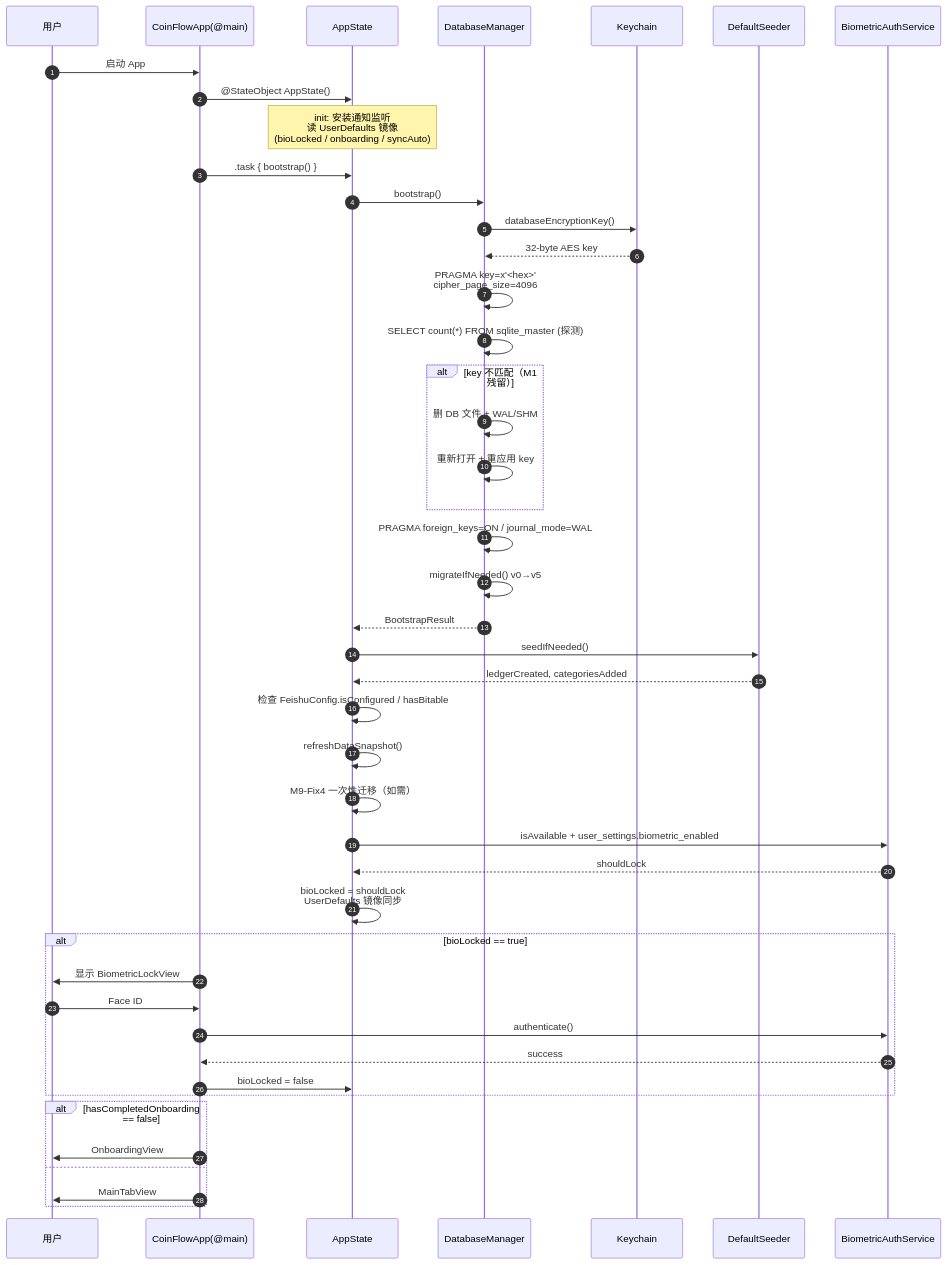
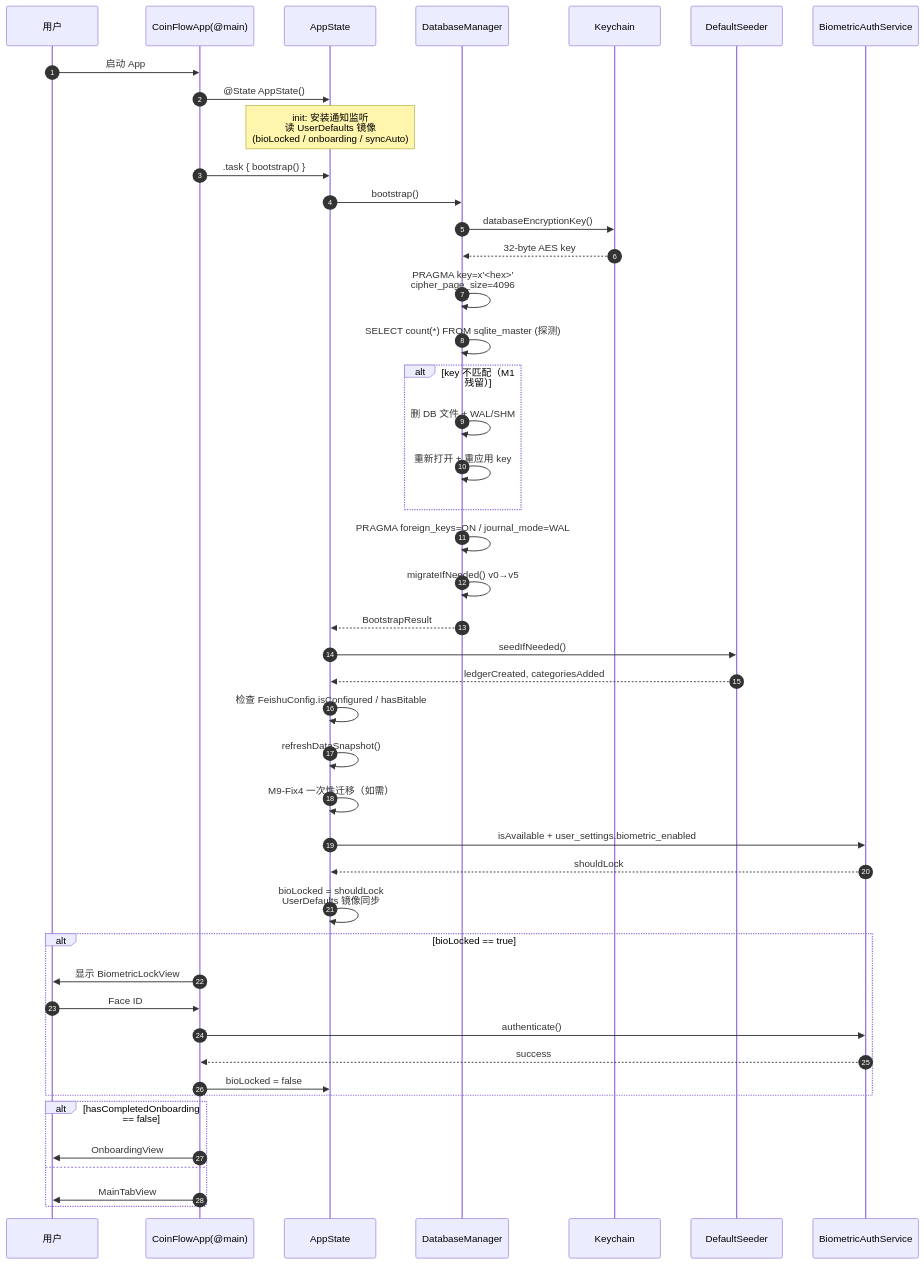
One commit to Dovelizi/CoinFlow changed the sixth of 13 diagrams in CoinFlow技术架构文档.md. Above: the diagram before and after it, drawn with Mermaid. The commit also changed other lines of this file and 17 other files, not shown here.

````diff
--- a/CoinFlow技术架构文档.md
+++ b/CoinFlow技术架构文档.md
@@ -958,48 +971,48 @@
 ```mermaid
 sequenceDiagram
     autonumber
     participant U as 用户
     participant App as CoinFlowApp(@main)
     participant State as AppState
     participant DB as DatabaseManager
     participant KC as Keychain
     participant Seed as DefaultSeeder
     participant Bio as BiometricAuthService
 
     U->>App: 启动 App
-    App->>State: @StateObject AppState()
+    App->>State: @State AppState()
     Note over State: init: 安装通知监听<br/>读 UserDefaults 镜像<br/>(bioLocked / onboarding / syncAuto)
     App->>State: .task { bootstrap() }
     State->>DB: bootstrap()
     DB->>KC: databaseEncryptionKey()
     KC-->>DB: 32-byte AES key
     DB->>DB: PRAGMA key=x'<hex>'<br/>cipher_page_size=4096
     DB->>DB: SELECT count(*) FROM sqlite_master  (探测)
     alt key 不匹配（M1 残留）
         DB->>DB: 删 DB 文件 + WAL/SHM
         DB->>DB: 重新打开 + 重应用 key
     end
     DB->>DB: PRAGMA foreign_keys=ON / journal_mode=WAL
     DB->>DB: migrateIfNeeded() v0→v5
     DB-->>State: BootstrapResult
     State->>Seed: seedIfNeeded()
     Seed-->>State: ledgerCreated, categoriesAdded
     State->>State: 检查 FeishuConfig.isConfigured / hasBitable
     State->>State: refreshDataSnapshot()
     State->>State: M9-Fix4 一次性迁移（如需）
     State->>Bio: isAvailable + user_settings.biometric_enabled
     Bio-->>State: shouldLock
     State->>State: bioLocked = shouldLock<br/>UserDefaults 镜像同步
     alt bioLocked == true
         App->>U: 显示 BiometricLockView
         U->>App: Face ID
         App->>Bio: authenticate()
         Bio-->>App: success
         App->>State: bioLocked = false
     end
     alt hasCompletedOnboarding == false
         App->>U: OnboardingView
     else
         App->>U: MainTabView
     end
 ```
````
